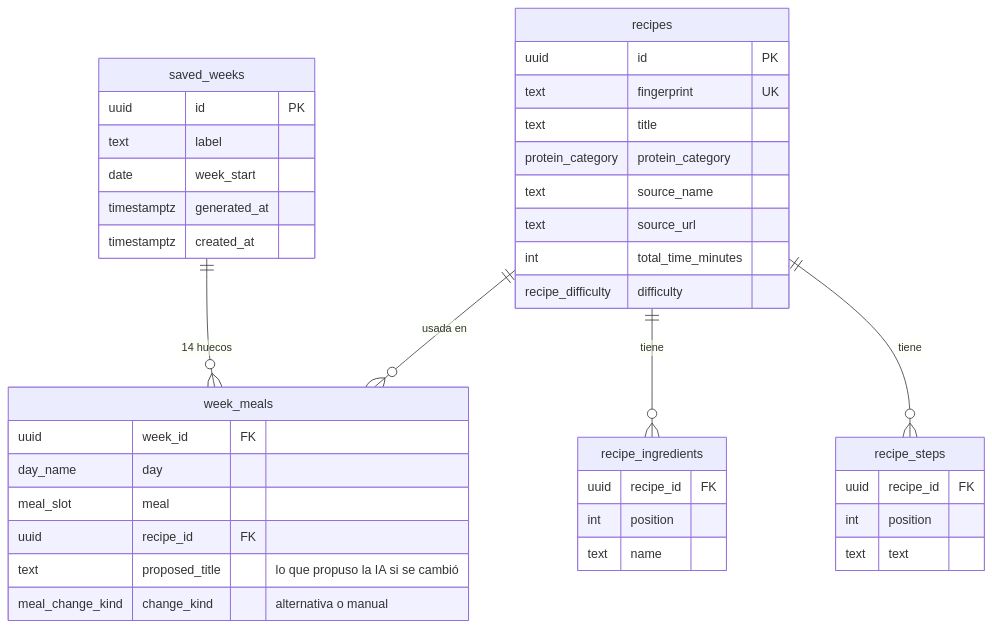
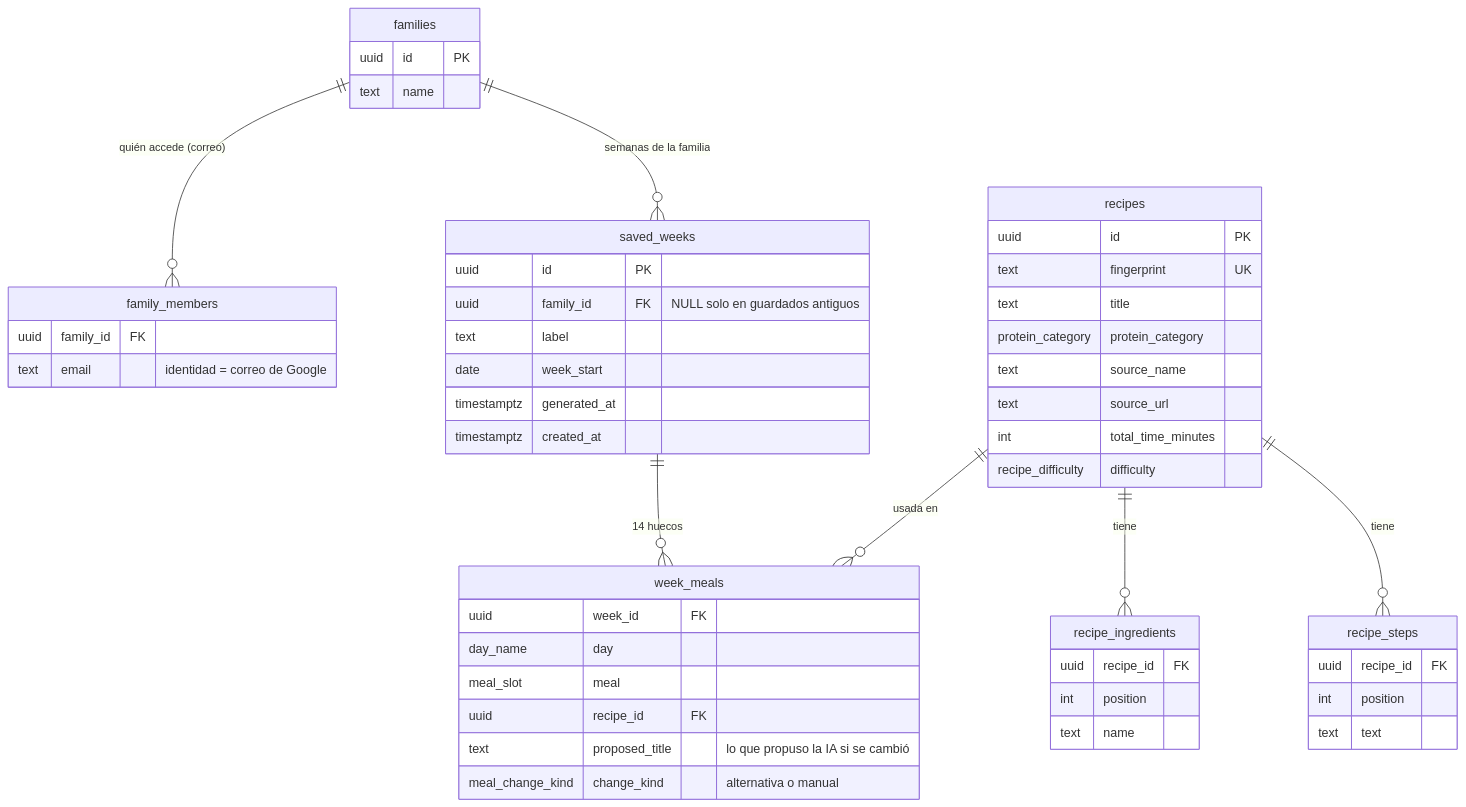
One commit to borjarfp/mesamia changed the fourth of 4 diagrams in docs/arquitectura.md. Above: the diagram before and after it, drawn with Mermaid. The commit also changed 35 other files, not shown here.

````diff
--- a/docs/arquitectura.md
+++ b/docs/arquitectura.md
@@ -145,43 +145,54 @@
 ```mermaid
 erDiagram
+  families ||--o{ family_members : "quién accede (correo)"
+  families ||--o{ saved_weeks : "semanas de la familia"
   saved_weeks ||--o{ week_meals : "14 huecos"
   recipes ||--o{ week_meals : "usada en"
   recipes ||--o{ recipe_ingredients : "tiene"
   recipes ||--o{ recipe_steps : "tiene"
 
+  families {
+    uuid id PK
+    text name
+  }
+  family_members {
+    uuid family_id FK
+    text email "identidad = correo de Google"
+  }
   saved_weeks {
     uuid id PK
+    uuid family_id FK "NULL solo en guardados antiguos"
     text label
     date week_start
     timestamptz generated_at
     timestamptz created_at
   }
   week_meals {
     uuid week_id FK
     day_name day
     meal_slot meal
     uuid recipe_id FK
     text proposed_title "lo que propuso la IA si se cambió"
     meal_change_kind change_kind "alternativa o manual"
   }
   recipes {
     uuid id PK
     text fingerprint UK
     text title
     protein_category protein_category
     text source_name
     text source_url
     int total_time_minutes
     recipe_difficulty difficulty
   }
   recipe_ingredients {
     uuid recipe_id FK
     int position
     text name
   }
   recipe_steps {
     uuid recipe_id FK
     int position
     text text
   }
 ```
````
